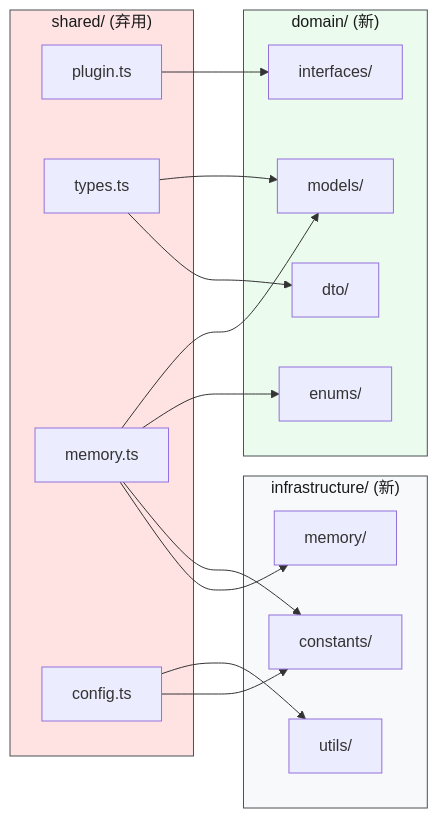
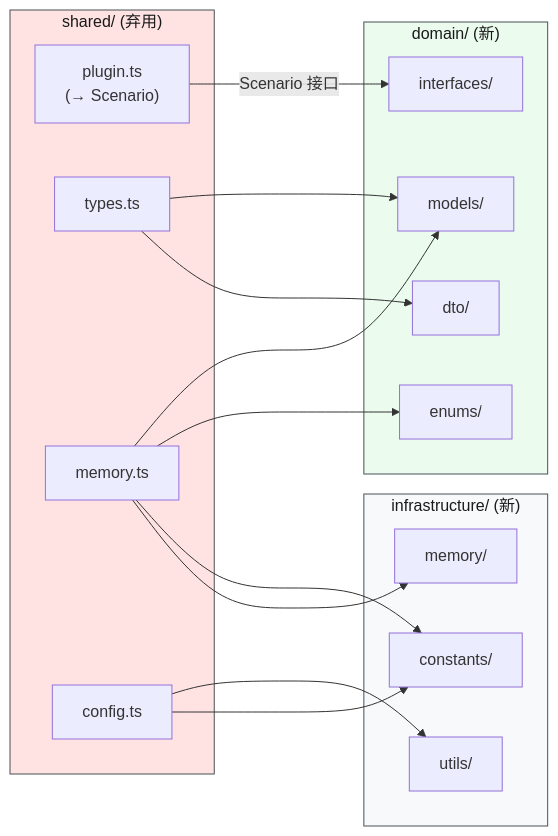
Before and after one commit to yjzaaa/leave-approval-agent: the diagram in src/shared/CLAUDE.md, drawn with Mermaid. The commit also changed other lines of this file and 80 other files, not shown here.

First line of the commit message:
refactor: Plugin → Scenario 全局重命名，消除业务术语歧义

````diff
--- a/src/shared/CLAUDE.md
+++ b/src/shared/CLAUDE.md
@@ -26,36 +26,36 @@
 ```mermaid
 graph LR
     subgraph Old["shared/ (弃用)"]
-        Plugin["plugin.ts"]
+        Plugin["plugin.ts<br/>(→ Scenario)"]
         Types["types.ts"]
         Memory["memory.ts"]
         Config["config.ts"]
     end
 
     subgraph Domain["domain/ (新)"]
         Models["models/"]
         DTOs["dto/"]
         Enums["enums/"]
         Ifaces["interfaces/"]
     end
 
     subgraph Infra["infrastructure/ (新)"]
         Utils["utils/"]
         Constants["constants/"]
         MemStore["memory/"]
     end
 
-    Plugin --> Ifaces
+    Plugin -->|"Scenario 接口"| Ifaces
     Types --> Models
     Types --> DTOs
     Memory --> Models
     Memory --> Enums
     Memory --> Constants
     Memory --> MemStore
     Config --> Utils
     Config --> Constants
 
     style Old fill:#ffe3e3,stroke:#495057,color:#1a1a1a
     style Domain fill:#ebfbee,stroke:#495057,color:#1a1a1a
     style Infra fill:#f8f9fa,stroke:#495057,color:#1a1a1a
 ```
````
